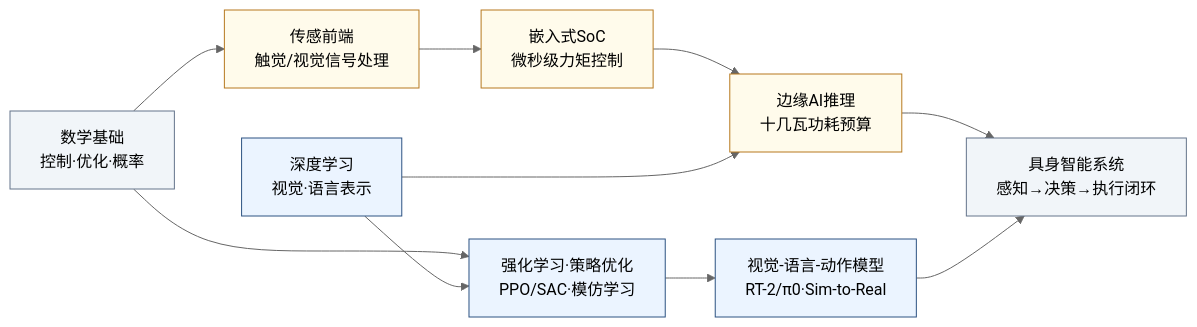
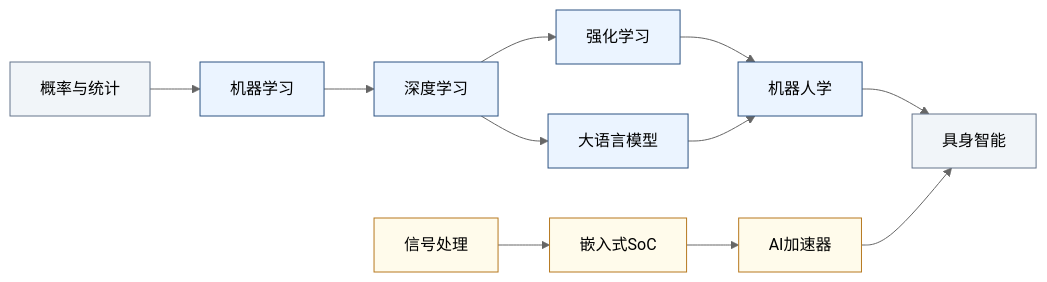
One commit to Crys-Chen/ic-guide changed the diagram in docs/科研方向/具身智能.md. Above: the diagram before and after it, drawn with Mermaid (neutral theme). The commit also changed other lines of this file, not shown here.

Commit message:
知识路径新格式样板:具身智能
- 节点名=学习地图目录名,单行无副标题
- 图下只列各板块的目录链接,不写解释
- 算法线与硬件线汇合到方向终点

````diff
--- a/docs/科研方向/具身智能.md
+++ b/docs/科研方向/具身智能.md
@@ -245,19 +245,20 @@
 ```mermaid
 graph LR
-    M["数学基础\n控制·优化·概率"] --> SIG["传感前端\n触觉/视觉信号处理"]
-    M --> RL["强化学习·策略优化\nPPO/SAC·模仿学习"]
-    SIG --> SOC["嵌入式SoC\n微秒级力矩控制"]
-    SOC --> EDGE["边缘AI推理\n十几瓦功耗预算"]
-    DL["深度学习\n视觉·语言表示"] --> RL
-    RL --> VLA["视觉-语言-动作模型\nRT-2/π0·Sim-to-Real"]
-    DL --> EDGE
-    EDGE --> SYS["具身智能系统\n感知→决策→执行闭环"]
-    VLA --> SYS
+    PROB[概率与统计] --> ML[机器学习]
+    ML --> DL[深度学习]
+    DL --> RL[强化学习]
+    DL --> LLM[大语言模型]
+    RL --> ROB[机器人学]
+    LLM --> ROB
+    SIG[信号处理] --> SOC[嵌入式SoC]
+    SOC --> ACC[AI加速器]
+    ROB --> E[具身智能]
+    ACC --> E
 
     classDef hw fill:#FFFBEB,stroke:#B7791F
     classDef sw fill:#EBF4FF,stroke:#2C5282
     classDef base fill:#F1F5F9,stroke:#64748B
-    class SIG,SOC,EDGE hw
-    class DL,RL,VLA sw
-    class M,SYS base
+    class SIG,SOC,ACC hw
+    class ML,DL,RL,LLM,ROB sw
+    class PROB,E base
 ```
````
